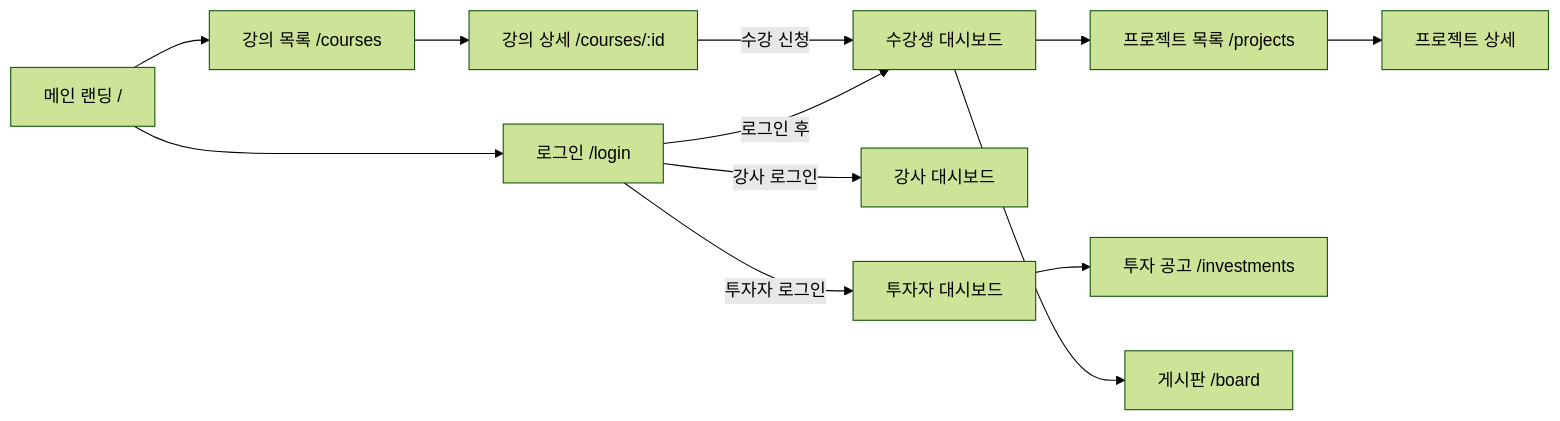
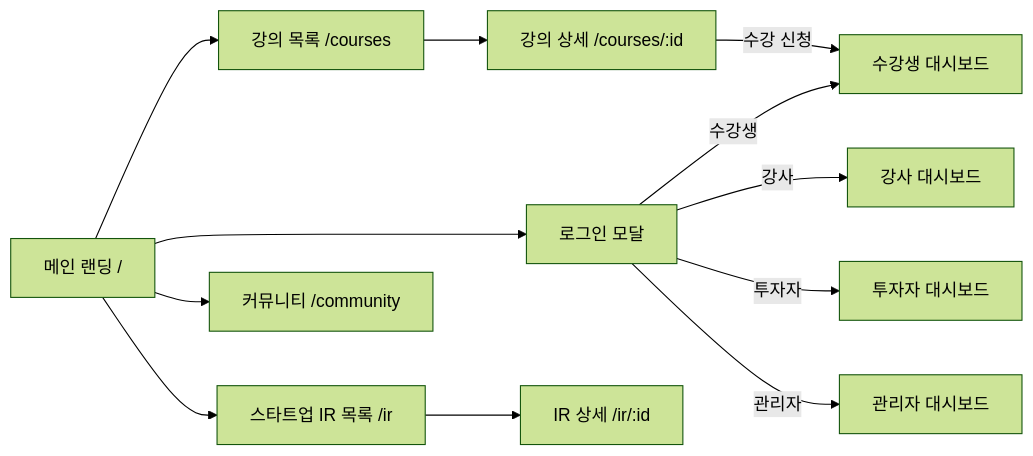
The diagram in .agents/rules/specs/11_SCREEN_SPEC.md (gocolab/project_axfoundly), drawn with Mermaid (forest theme) before and after one commit. The commit also changed other lines of this file and 10 other files, not shown here.

````diff
--- a/.agents/rules/specs/11_SCREEN_SPEC.md
+++ b/.agents/rules/specs/11_SCREEN_SPEC.md
@@ -30,14 +27,14 @@
 ```mermaid
 flowchart LR
-  SCR001["메인 랜딩 /"] --> SCR002["로그인 /login"]
+  SCR001["메인 랜딩 /"] --> SCR002["로그인 모달"]
   SCR001 --> SCR003["강의 목록 /courses"]
   SCR003 --> SCR004["강의 상세 /courses/:id"]
   SCR004 -->|수강 신청| SCR005["수강생 대시보드"]
-  SCR002 -->|로그인 후| SCR005
-  SCR002 -->|강사 로그인| SCR006["강사 대시보드"]
-  SCR002 -->|투자자 로그인| SCR007["투자자 대시보드"]
-  SCR005 --> SCR008["프로젝트 목록 /projects"]
-  SCR008 --> SCR009["프로젝트 상세"]
-  SCR007 --> SCR010["투자 공고 /investments"]
-  SCR005 --> SCR011["게시판 /board"]
+  SCR002 -->|수강생| SCR005
+  SCR002 -->|강사| SCR006["강사 대시보드"]
+  SCR002 -->|투자자| SCR007["투자자 대시보드"]
+  SCR001 --> SCR008["스타트업 IR 목록 /ir"]
+  SCR008 --> SCR009["IR 상세 /ir/:id"]
+  SCR001 --> SCR010["커뮤니티 /community"]
+  SCR002 -->|관리자| SCR011["관리자 대시보드"]
 ```
````
